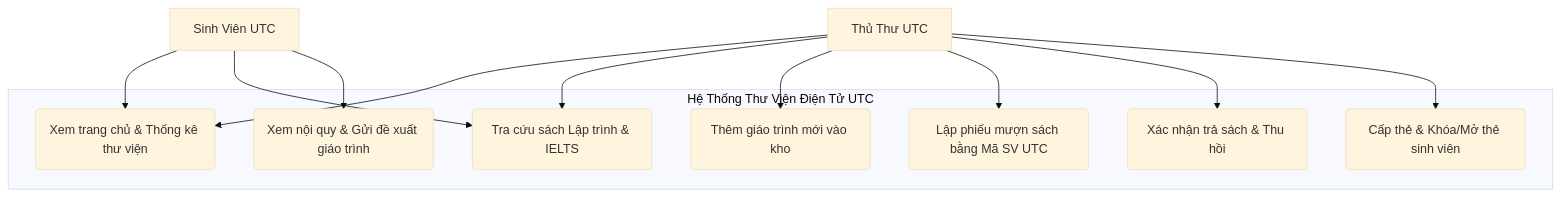
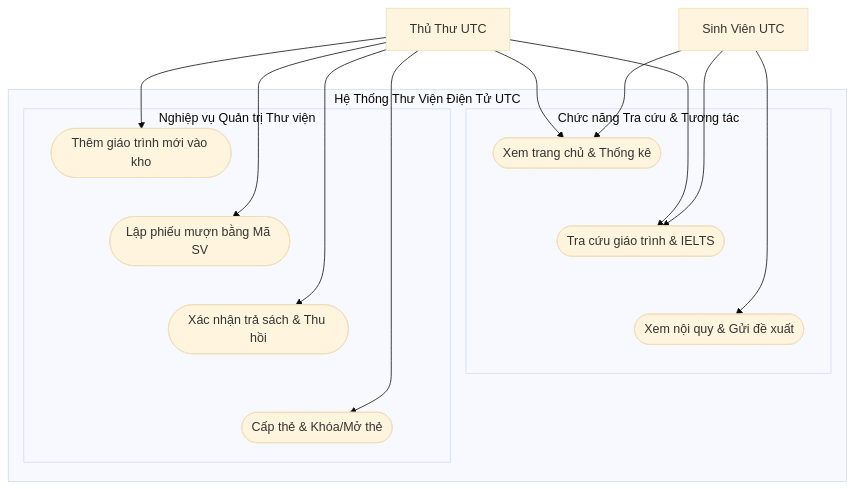
Before and after one commit to truongmanhdat07/web_development: the first of 2 diagrams in BTL_ThietKeWeb/BAO_CAO_BAI_TAP_LON_QUAN_LY_THU_VIEN.md, drawn with Mermaid (base theme). The commit also changed other lines of this file, not shown here.

````diff
--- a/BTL_ThietKeWeb/BAO_CAO_BAI_TAP_LON_QUAN_LY_THU_VIEN.md
+++ b/BTL_ThietKeWeb/BAO_CAO_BAI_TAP_LON_QUAN_LY_THU_VIEN.md
@@ -108,26 +108,34 @@
 ```mermaid
 flowchart TD
+  SinhVien["Sinh Viên UTC"]
+  ThuThu["Thủ Thư UTC"]
+
   subgraph HeThongThuVienUTC["Hệ Thống Thư Viện Điện Tử UTC"]
-    UC1(Xem trang chủ & Thống kê thư viện)
-    UC2(Tra cứu sách Lập trình & IELTS)
-    UC3(Thêm giáo trình mới vào kho)
-    UC4(Lập phiếu mượn sách bằng Mã SV UTC)
-    UC5(Xác nhận trả sách & Thu hồi)
-    UC6(Cấp thẻ & Khóa/Mở thẻ sinh viên)
-    UC7(Xem nội quy & Gửi đề xuất giáo trình)
+    subgraph Col1["Chức năng Tra cứu & Tương tác"]
+      UC1(["Xem trang chủ & Thống kê"])
+      UC2(["Tra cứu giáo trình & IELTS"])
+      UC7(["Xem nội quy & Gửi đề xuất"])
+    end
+
+    subgraph Col2["Nghiệp vụ Quản trị Thư viện"]
+      UC3(["Thêm giáo trình mới vào kho"])
+      UC4(["Lập phiếu mượn bằng Mã SV"])
+      UC5(["Xác nhận trả sách & Thu hồi"])
+      UC6(["Cấp thẻ & Khóa/Mở thẻ"])
+    end
   end
-
-  SinhVien[Sinh Viên UTC]
-  ThuThu[Thủ Thư UTC]
 
   SinhVien --> UC1
   SinhVien --> UC2
   SinhVien --> UC7
 
   ThuThu --> UC1
   ThuThu --> UC2
   ThuThu --> UC3
   ThuThu --> UC4
   ThuThu --> UC5
   ThuThu --> UC6
+
+  UC1 ~~~ UC2 ~~~ UC7
+  UC3 ~~~ UC4 ~~~ UC5 ~~~ UC6
 ```
````
